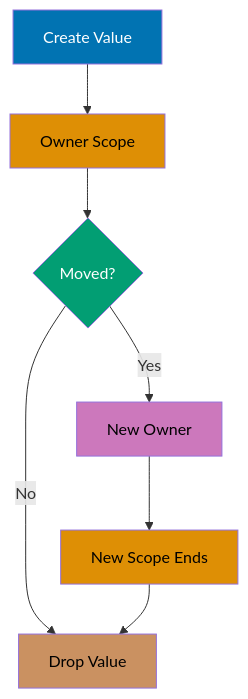
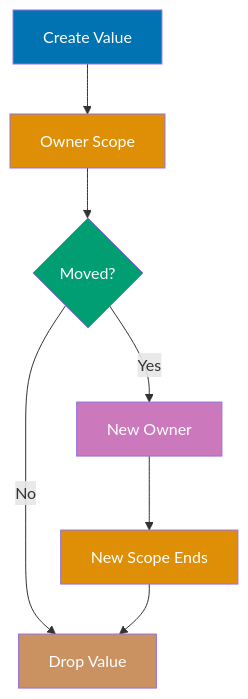
Before and after one commit to wahidyankf/open-sharia-enterprise: the second of 2 diagrams in apps/ayokoding-web/content/en/learn/software-engineering/programming-languages/rust/by-example/overview.md, drawn with Mermaid. The commit also changed 61 other files, not shown here.

First line of the commit message:
fix(ayokoding-web): quote Mermaid node labels with special characters in Example 63

````diff
--- a/apps/ayokoding-web/content/en/learn/software-engineering/programming-languages/rust/by-example/overview.md
+++ b/apps/ayokoding-web/content/en/learn/software-engineering/programming-languages/rust/by-example/overview.md
@@ -195,16 +195,16 @@
 ```mermaid
 graph TD
     A[Create Value] --> B[Owner Scope]
     B --> C{Moved?}
     C -->|Yes| D[New Owner]
     C -->|No| E[Drop Value]
     D --> F[New Scope Ends]
     F --> E
 
     style A fill:#0173B2,color:#fff
-    style B fill:#DE8F05,color:#000
+    style B fill:#DE8F05,color:#fff
     style C fill:#029E73,color:#fff
-    style D fill:#CC78BC,color:#000
-    style E fill:#CA9161,color:#000
-    style F fill:#DE8F05,color:#000
+    style D fill:#CC78BC,color:#fff
+    style E fill:#CA9161,color:#fff
+    style F fill:#DE8F05,color:#fff
 ```
````
